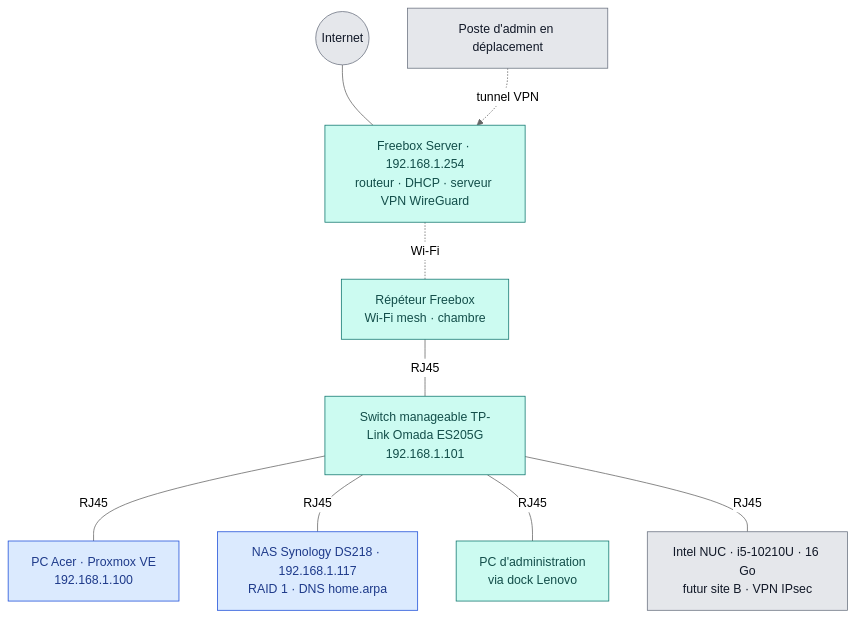
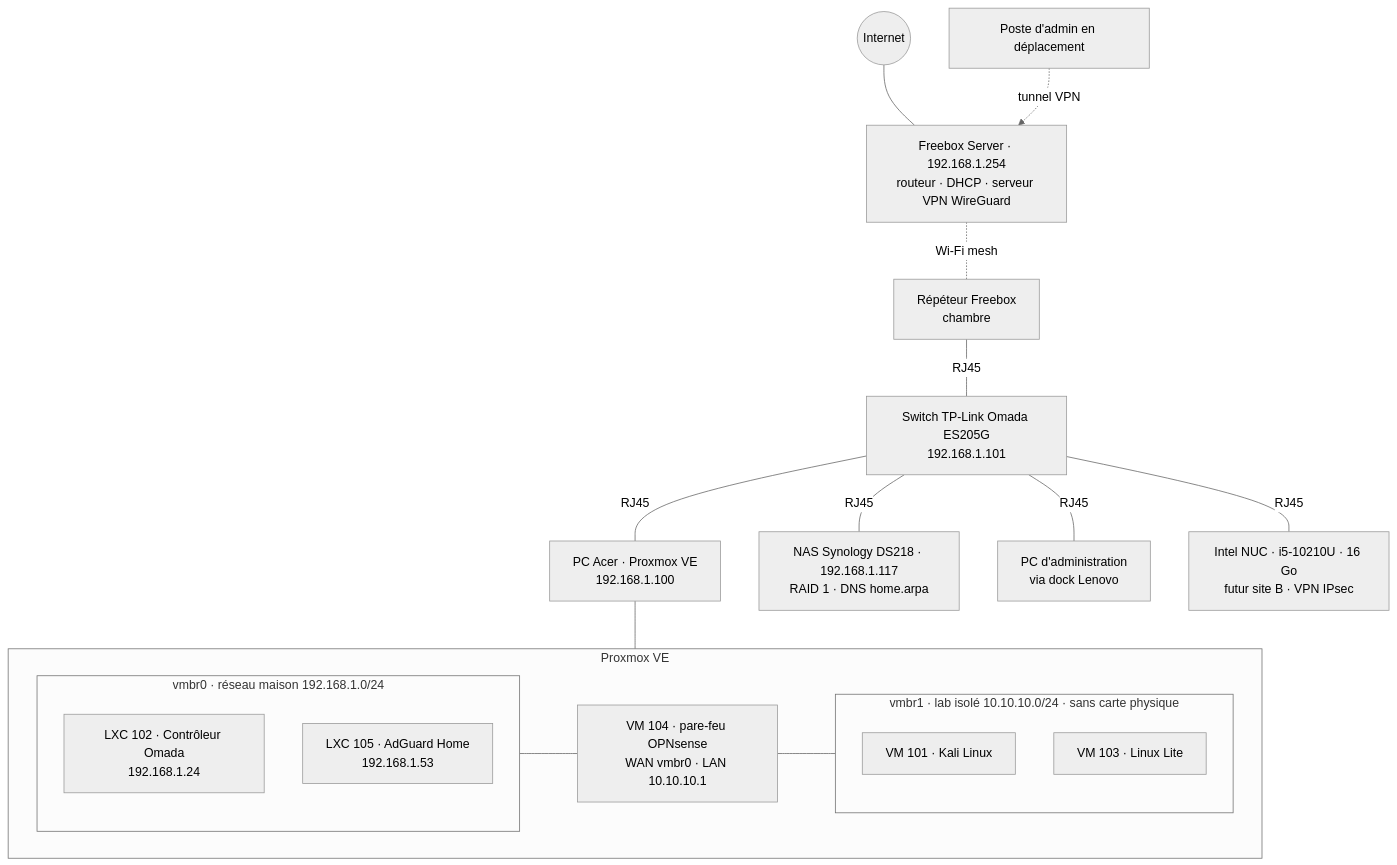
One commit to jobb02/homelab changed the diagram in README.md. Above: the diagram before and after it, drawn with Mermaid (neutral theme). The commit also changed other lines of this file, not shown here.

````diff
--- a/README.md
+++ b/README.md
@@ -15,28 +13,25 @@
 ```mermaid
 flowchart TB
-    Internet((Internet))
-    ADMDIST[Poste d'admin en déplacement]
-    FBX[Freebox Server · 192.168.1.254<br/>routeur · DHCP · serveur VPN WireGuard]
-    REP[Répéteur Freebox<br/>Wi-Fi mesh · chambre]
-    SW[Switch manageable TP-Link Omada ES205G<br/>192.168.1.101]
-    PVE[PC Acer · Proxmox VE<br/>192.168.1.100]
-    NAS[NAS Synology DS218 · 192.168.1.117<br/>RAID 1 · DNS home.arpa]
-    ADM[PC d'administration<br/>via dock Lenovo]
-    NUC[Intel NUC · i5-10210U · 16 Go<br/>futur site B · VPN IPsec]
+    Internet((Internet)) --- FBX[Freebox Server · 192.168.1.254<br/>routeur · DHCP · serveur VPN WireGuard]
+    ADMDIST[Poste d'admin en déplacement] -. tunnel VPN .-> FBX
+    FBX -. Wi-Fi mesh .- REP[Répéteur Freebox<br/>chambre]
+    REP -- RJ45 --- SW[Switch TP-Link Omada ES205G<br/>192.168.1.101]
+    SW -- RJ45 --- PVE[PC Acer · Proxmox VE<br/>192.168.1.100]
+    SW -- RJ45 --- NAS[NAS Synology DS218 · 192.168.1.117<br/>RAID 1 · DNS home.arpa]
+    SW -- RJ45 --- ADM[PC d'administration<br/>via dock Lenovo]
+    SW -- RJ45 --- NUC[Intel NUC · i5-10210U · 16 Go<br/>futur site B · VPN IPsec]
 
-    Internet --- FBX
-    ADMDIST -. tunnel VPN .-> FBX
-    FBX -. Wi-Fi .- REP
-    REP -- RJ45 --- SW
-    SW -- RJ45 --- PVE
-    SW -- RJ45 --- NAS
-    SW -- RJ45 --- ADM
-    SW -- RJ45 --- NUC
-
-    classDef ext fill:#E5E7EB,stroke:#6B7280,color:#111827
-    classDef net fill:#CCFBF1,stroke:#0F766E,color:#134E4A
-    classDef srv fill:#DBEAFE,stroke:#1D4ED8,color:#1E3A8A
-    class Internet,ADMDIST,NUC ext
-    class FBX,REP,SW,ADM net
-    class PVE,NAS srv
+    subgraph PVE_G [Proxmox VE]
+        subgraph SRV [vmbr0 · réseau maison 192.168.1.0/24]
+            OMADA[LXC 102 · Contrôleur Omada<br/>192.168.1.24]
+            ADG[LXC 105 · AdGuard Home<br/>192.168.1.53]
+        end
+        FW[VM 104 · pare-feu OPNsense<br/>WAN vmbr0 · LAN 10.10.10.1]
+        subgraph LAB [vmbr1 · lab isolé 10.10.10.0/24 · sans carte physique]
+            KALI[VM 101 · Kali Linux]
+            LIN[VM 103 · Linux Lite]
+        end
+        SRV --- FW --- LAB
+    end
+    PVE --- PVE_G
 ```
````
